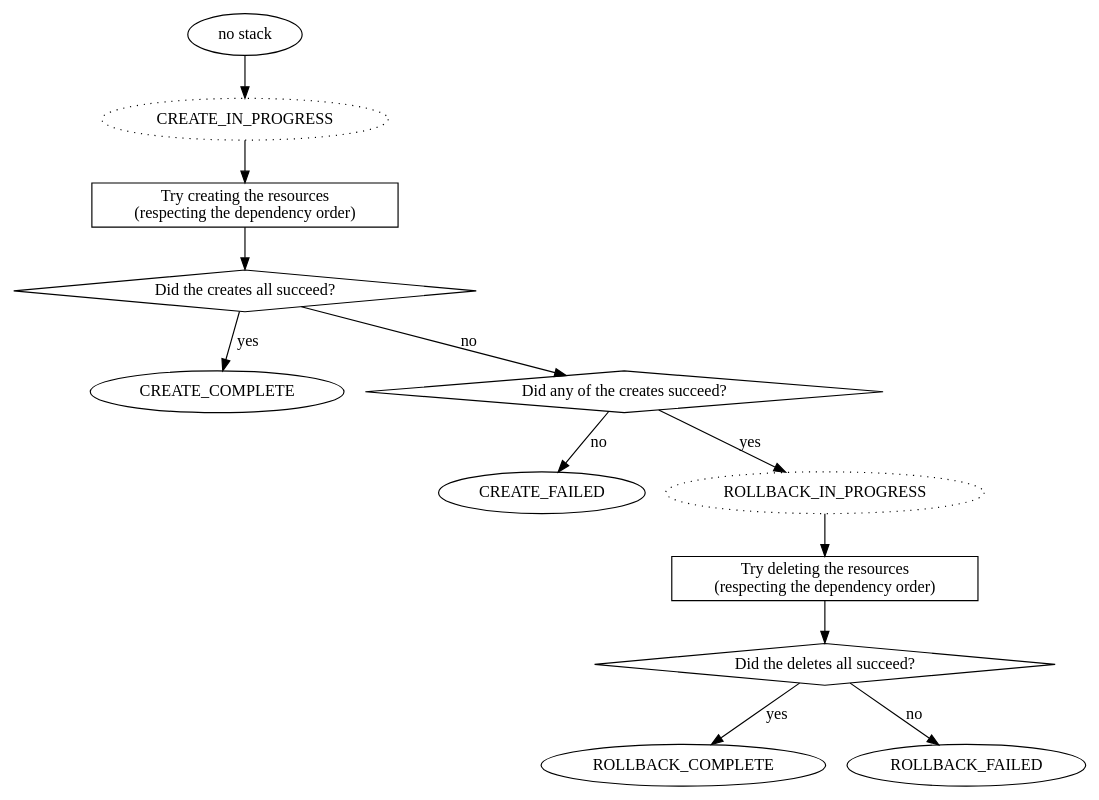
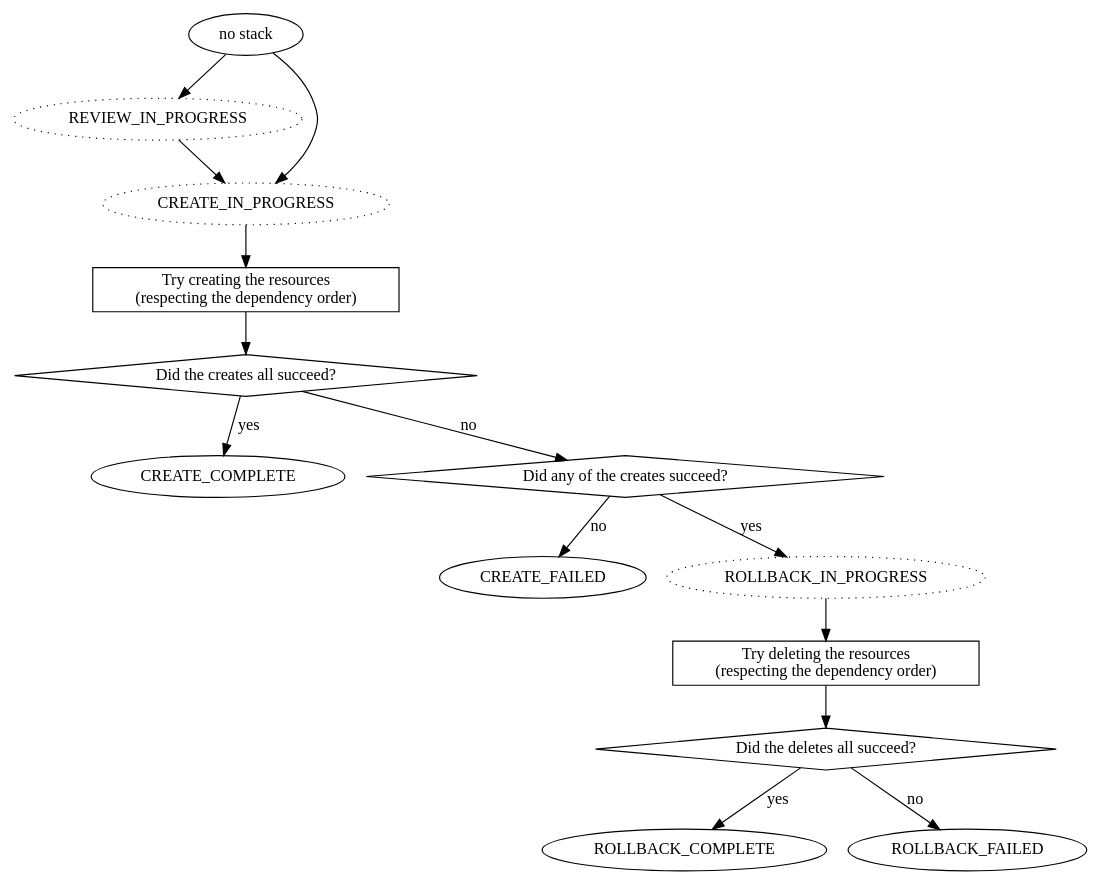
One commit to rvedotrc/aws-cloudformation-stack-states changed the diagram in create-stack.dot. Above: the diagram before and after it, drawn with Graphviz. The commit also changed 9 other files, not shown here.

Commit message:
Add the REVIEW_IN_PROGRESS state (change sets)

```diff
--- a/create-stack.dot
+++ b/create-stack.dot
@@ -1,34 +1,36 @@
 digraph create_stack {
 
   before_existence [ label="no stack" ]
 
+  REVIEW_IN_PROGRESS [ style=dotted ]
   CREATE_COMPLETE
   CREATE_IN_PROGRESS [ style=dotted ]
   CREATE_FAILED
   ROLLBACK_COMPLETE
   ROLLBACK_FAILED
   ROLLBACK_IN_PROGRESS [ style=dotted ]
 
   before_existence -> CREATE_IN_PROGRESS -> try_creates -> check_creates
+  before_existence -> REVIEW_IN_PROGRESS -> CREATE_IN_PROGRESS
   try_creates [ shape="rect" label="Try creating the resources\n(respecting the dependency order)" ]
   check_creates [ label="Did the creates all succeed?" shape="diamond" ]
   check_creates -> CREATE_COMPLETE [ label="yes" ]
   check_creates -> do_we_need_rollback [ label="no" ]
   do_we_need_rollback [ shape="diamond" label="Did any of the creates succeed?" ]
   do_we_need_rollback -> CREATE_FAILED [ label="no" ]
   do_we_need_rollback -> ROLLBACK_IN_PROGRESS [ label="yes" ]
 
   ROLLBACK_IN_PROGRESS -> try_deletes -> check_deletes
   try_deletes [ shape="rect" label="Try deleting the resources\n(respecting the dependency order)" ]
   check_deletes [ shape="diamond" label="Did the deletes all succeed?" ]
   check_deletes -> ROLLBACK_COMPLETE [ label="yes" ]
   check_deletes -> ROLLBACK_FAILED [ label="no" ]
 
   // But would be useful to document: for each of those terminal states, what
   // states are the resources in?  What happens to the stack next?
 
   // Resource statuses include:
   // CREATE_COMPLETE, UPDATE_COMPLETE, DELETE_COMPLETE, DELETE_FAILED, DELETE_SKIPPED.
 
 }
 // # vi: set sw=2 et ai :
```
